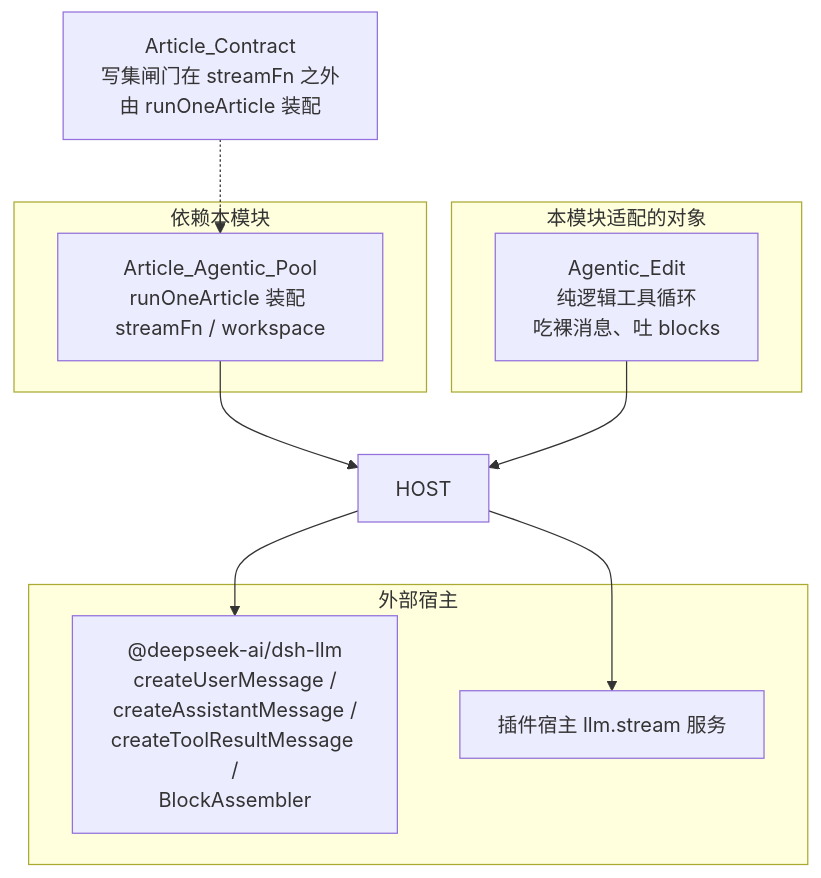
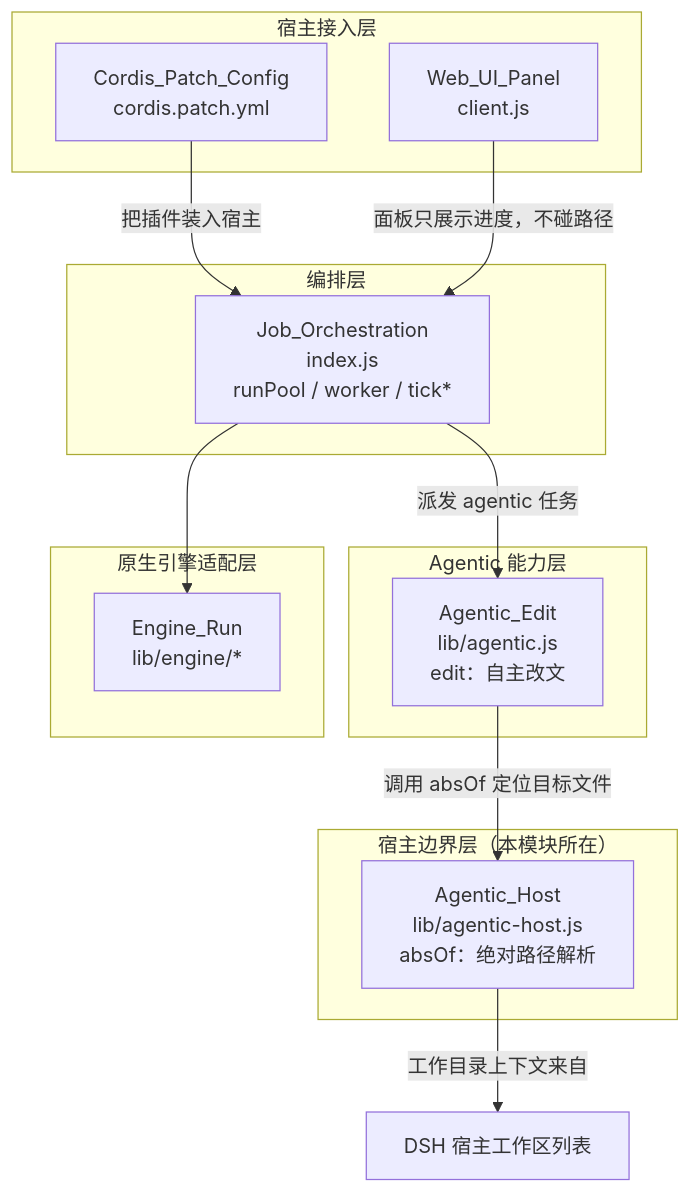
One commit to ikliml666/dsh-codewiki changed the second of 4 diagrams in .codewiki/_techdocs/docs/Agentic_Host.md. Above: the diagram before and after it, drawn with Mermaid. The commit also changed other lines of this file and 70 other files, not shown here.

````diff
--- a/.codewiki/_techdocs/docs/Agentic_Host.md
+++ b/.codewiki/_techdocs/docs/Agentic_Host.md
@@ -160,18 +55,30 @@
 ```mermaid
-flowchart TD
-  subgraph 依赖本模块
-    POOL["Article_Agentic_Pool<br/>runOneArticle 装配 streamFn / workspace"]
-  end
-  subgraph 本模块适配的对象
-    AGENT["Agentic_Edit<br/>纯逻辑工具循环<br/>吃裸消息、吐 blocks"]
-  end
-  subgraph 外部宿主
-    DSHLLM["@deepseek-ai/dsh-llm<br/>createUserMessage /<br/>createAssistantMessage /<br/>createToolResultMessage /<br/>BlockAssembler"]
-    HOSTLLM["插件宿主 llm.stream 服务"]
-  end
-  POOL --> HOST
-  AGENT --> HOST
-  HOST --> DSHLLM
-  HOST --> HOSTLLM
-  CONTRACT["Article_Contract<br/>写集闸门在 streamFn 之外<br/>由 runOneArticle 装配"] -.-> POOL
+flowchart TB
+    subgraph HostSide["宿主边界层（本模块所在）"]
+        AH["Agentic_Host<br/>lib/agentic-host.js<br/>absOf：绝对路径解析"]
+    end
+
+    subgraph AgenticCap["Agentic 能力层"]
+        AE["Agentic_Edit<br/>lib/agentic.js<br/>edit：自主改文"]
+    end
+
+    subgraph Orch["编排层"]
+        JO["Job_Orchestration<br/>index.js<br/>runPool / worker / tick*"]
+    end
+
+    subgraph Engine["原生引擎适配层"]
+        ER["Engine_Run<br/>lib/engine/*"]
+    end
+
+    subgraph Client["宿主接入层"]
+        CP["Cordis_Patch_Config<br/>cordis.patch.yml"]
+        WU["Web_UI_Panel<br/>client.js"]
+    end
+
+    AE -->|"调用 absOf 定位目标文件"| AH
+    AH -->|"工作目录上下文来自"| DSHCTX["DSH 宿主工作区列表"]
+    JO -->|"派发 agentic 任务"| AE
+    JO --> ER
+    CP -->|"把插件装入宿主"| JO
+    WU -->|"面板只展示进度，不碰路径"| JO
 ```
````
